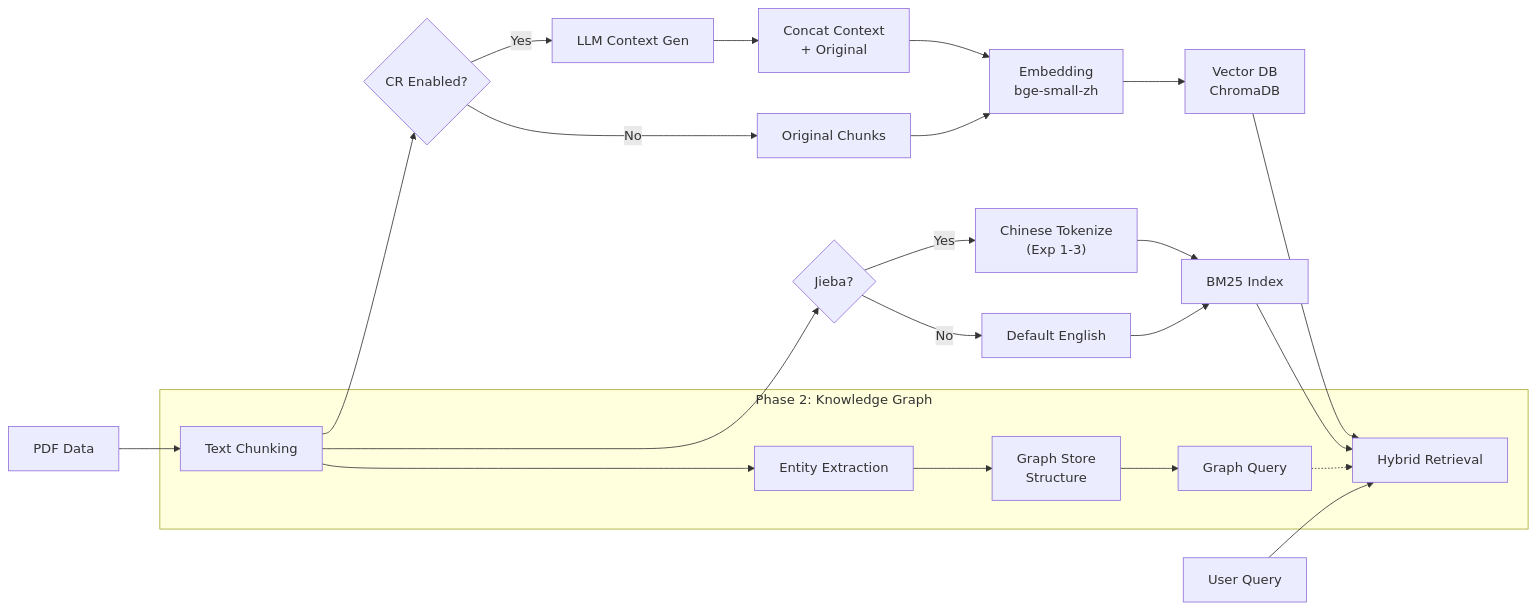
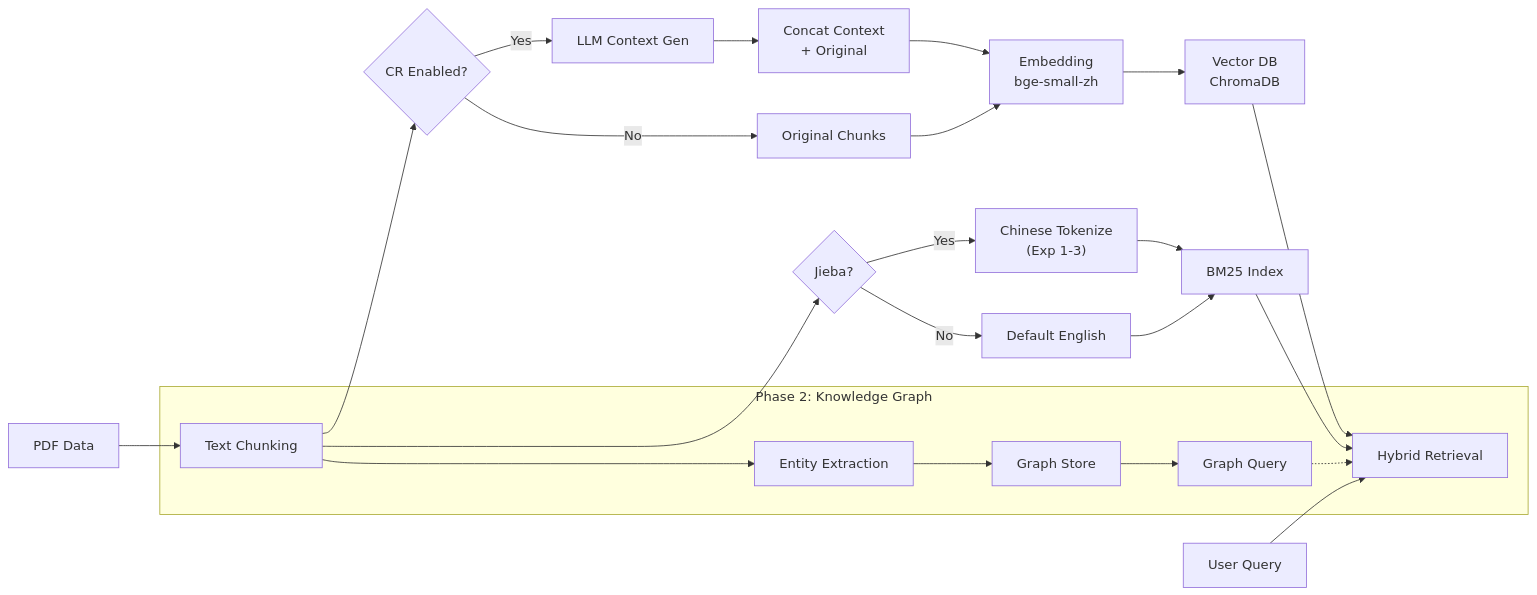
The diagram in README.md (roclee2692/contextual-retrieval-by-anthropic), drawn with Mermaid before and after one commit. The commit also changed other lines of this file and 2 other files, not shown here.

First line of the commit message:
fix: correct Mermaid syntax and restructure Phase 2 to 3 experiments

````diff
--- a/README.md
+++ b/README.md
@@ -51,26 +59,26 @@
 ```mermaid
 graph LR
     A[PDF Data] --> B[Text Chunking]
     B --> C{CR Enabled?}
     C -->|Yes| D[LLM Context Gen]
     C -->|No| E[Original Chunks]
     D --> F[Concat Context<br/>+ Original]
     E --> G[Embedding<br/>bge-small-zh]
     F --> G
     G --> H[Vector DB<br/>ChromaDB]
     B --> I{Jieba?}
     I -->|Yes| J["Chinese Tokenize<br/>(Exp 1-3)"]
     I -->|No| K[Default English]
     J --> L[BM25 Index]
     K --> L
     M[User Query] --> N[Hybrid Retrieval]
     H --> N
     L --> N
     
-    subgraph Phase 2: Knowledge Graph
+    subgraph "Phase 2: Knowledge Graph"
     B --> O[Entity Extraction]
-    O --> P[Graph Store<br/>Structure]
+    O --> P[Graph Store]
     P --> Q[Graph Query]
     Q -.-> N
     end
 ```
````
